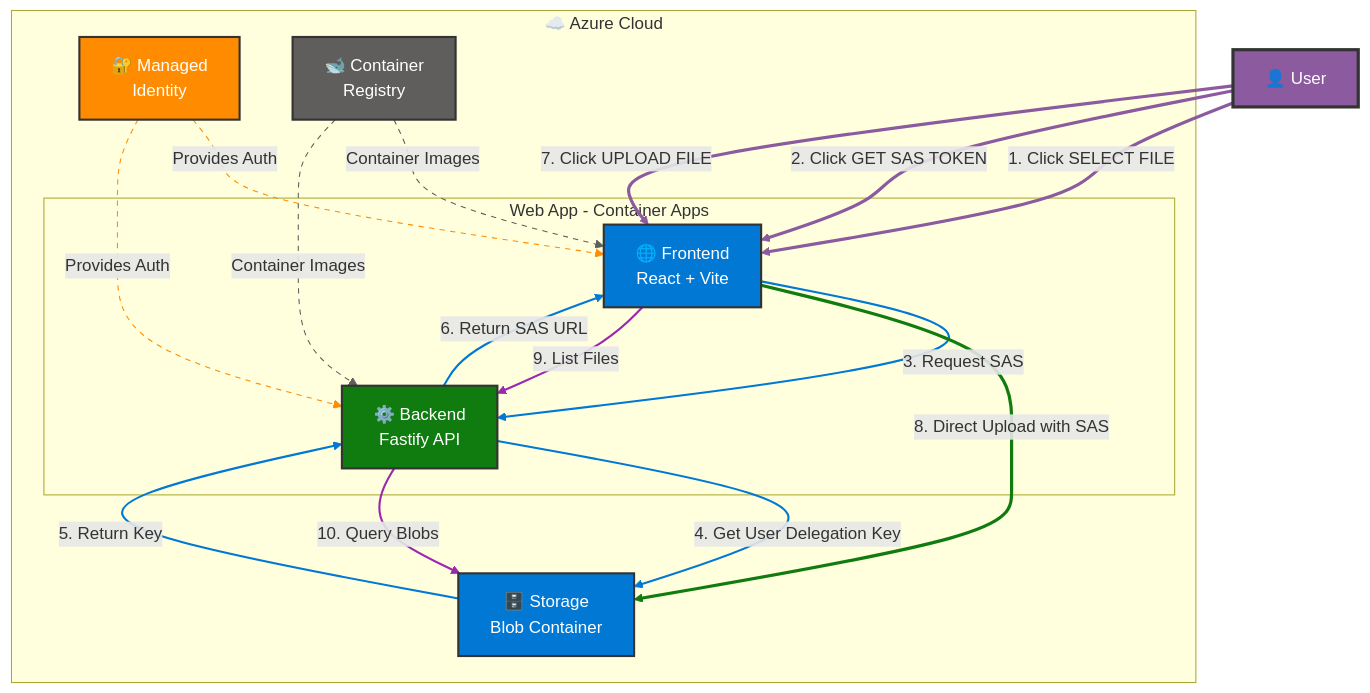
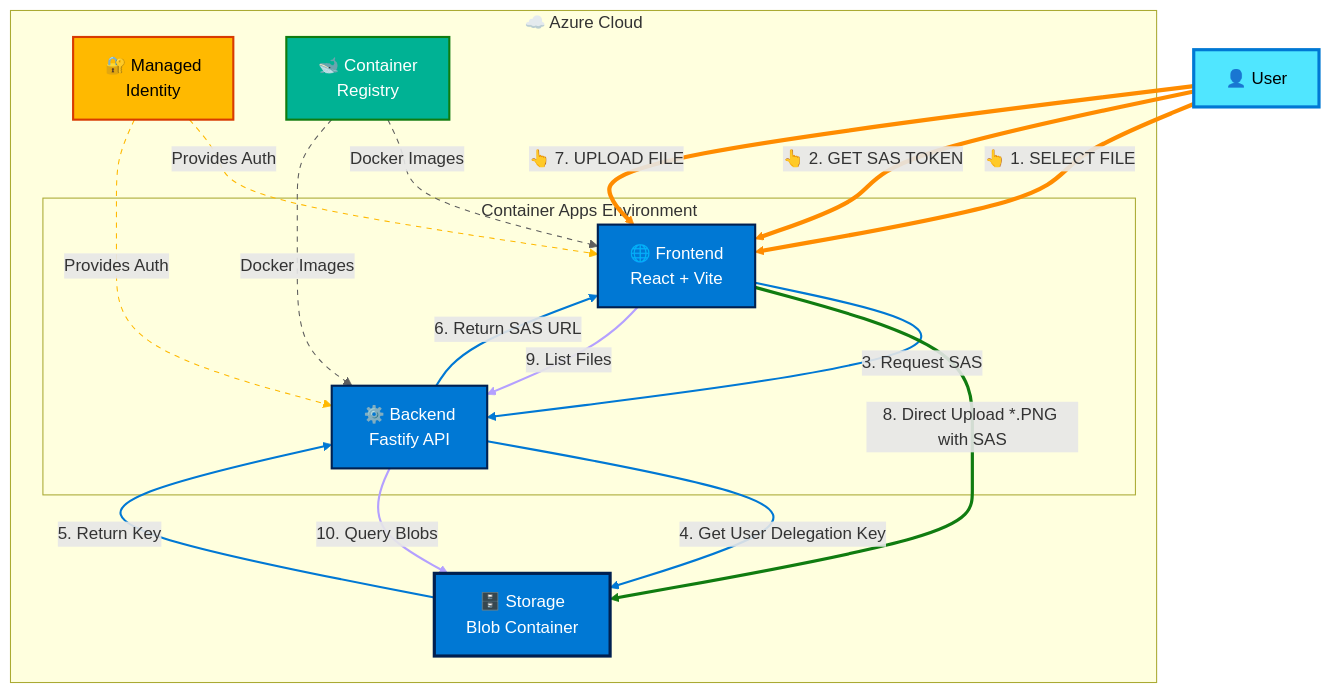
The diagram in docs/mermaid/architecture-with-user-flow.mermaid (Azure-Samples/azure-typescript-upload-file-storage-blob), drawn with Mermaid before and after one commit. The commit also changed 11 other files, not shown here.

```diff
--- a/docs/mermaid/architecture-with-user-flow.mermaid
+++ b/docs/mermaid/architecture-with-user-flow.mermaid
@@ -1,62 +1,62 @@
 graph TB
     User[👤 User]
     
     subgraph Azure["☁️ Azure Cloud"]
-        subgraph WebApp["Web App - Container Apps"]
+        subgraph ContainerApps["Container Apps Environment"]
             Frontend[🌐 Frontend<br/>React + Vite]
             Backend[⚙️ Backend<br/>Fastify API]
         end
         
         ManagedIdentity[🔐 Managed<br/>Identity]
         Registry[🐋 Container<br/>Registry]
         Storage[🗄️ Storage<br/>Blob Container]
     end
     
     %% User interactions with UI buttons
-    User -->|1. Click SELECT FILE| Frontend
-    User -->|2. Click GET SAS TOKEN| Frontend
-    User -->|7. Click UPLOAD FILE| Frontend
+    User -->|👆 1. SELECT FILE| Frontend
+    User -->|👆 2. GET SAS TOKEN| Frontend
+    User -->|👆 7. UPLOAD FILE| Frontend
     
     %% SAS token flow - blue for request/response
     Frontend -->|3. Request SAS| Backend
     Backend -->|4. Get User Delegation Key| Storage
     Storage -->|5. Return Key| Backend
     Backend -->|6. Return SAS URL| Frontend
     
     %% File upload flow - green for data upload
-    Frontend -->|8. Direct Upload with SAS| Storage
+    Frontend -->|8. Direct Upload *.PNG with SAS| Storage
     
     %% File listing flow - purple for queries
     Frontend -->|9. List Files| Backend
     Backend -->|10. Query Blobs| Storage
     
     %% Authentication flow - orange dashed
     ManagedIdentity -.->|Provides Auth| Frontend
     ManagedIdentity -.->|Provides Auth| Backend
     
-    %% Container images - gray dashed
-    Registry -.->|Container Images| Frontend
-    Registry -.->|Container Images| Backend
+    %% Docker container images - gray dashed
+    Registry -.->|Docker Images| Frontend
+    Registry -.->|Docker Images| Backend
 
-    %% Styling for nodes
-    classDef userStyle fill:#8B5A9F,stroke:#333,stroke-width:3px,color:#fff
-    classDef frontendStyle fill:#0078D4,stroke:#333,stroke-width:2px,color:#fff
-    classDef backendStyle fill:#107C10,stroke:#333,stroke-width:2px,color:#fff
-    classDef identityStyle fill:#FF8C00,stroke:#333,stroke-width:2px,color:#fff
-    classDef registryStyle fill:#605E5C,stroke:#333,stroke-width:2px,color:#fff
-    classDef storageStyle fill:#0078D4,stroke:#333,stroke-width:2px,color:#fff
+    %% Styling for nodes - Azure Branded Colors
+    classDef userStyle fill:#50E6FF,stroke:#0078D4,stroke-width:3px,color:#000
+    classDef frontendStyle fill:#0078D4,stroke:#002050,stroke-width:2px,color:#fff
+    classDef backendStyle fill:#0078D4,stroke:#002050,stroke-width:2px,color:#fff
+    classDef identityStyle fill:#FFB900,stroke:#D83B01,stroke-width:2px,color:#000
+    classDef registryStyle fill:#00B294,stroke:#107C10,stroke-width:2px,color:#fff
+    classDef storageStyle fill:#0078D4,stroke:#002050,stroke-width:3px,color:#fff
 
     class User userStyle
     class Frontend frontendStyle
     class Backend backendStyle
     class ManagedIdentity identityStyle
     class Registry registryStyle
     class Storage storageStyle
     
     %% Link styles for colored flows
-    linkStyle 0,1,2 stroke:#8B5A9F,stroke-width:3px
+    linkStyle 0,1,2 stroke:#FF8C00,stroke-width:4px
     linkStyle 3,4,5,6 stroke:#0078D4,stroke-width:2px
     linkStyle 7 stroke:#107C10,stroke-width:3px
-    linkStyle 8,9 stroke:#9C27B0,stroke-width:2px
-    linkStyle 10,11 stroke:#FF8C00,stroke-width:1px,stroke-dasharray:5
-    linkStyle 12,13 stroke:#605E5C,stroke-width:1px,stroke-dasharray:5
+    linkStyle 8,9 stroke:#B4A0FF,stroke-width:2px
+    linkStyle 10,11 stroke:#FFB900,stroke-width:1px,stroke-dasharray:5
+    linkStyle 12,13 stroke:#5E5E5E,stroke-width:1px,stroke-dasharray:5
```
